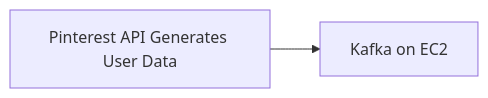
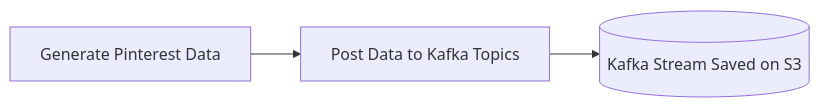
The diagram in README.md (ChileMathAcc/pinterest-data-pipeline68), drawn with Mermaid before and after one commit. The commit also changed other lines of this file, not shown here.

````diff
--- a/README.md
+++ b/README.md
@@ -42,4 +40,4 @@
 ```mermaid
 graph LR;
-1[Pinterest API Generates User Data] --> 2[Kafka on EC2]
+a[Generate Pinterest Data] --> b[Post Data to Kafka Topics] --> id1[(Kafka Stream Saved on S3)]
 ```
````
